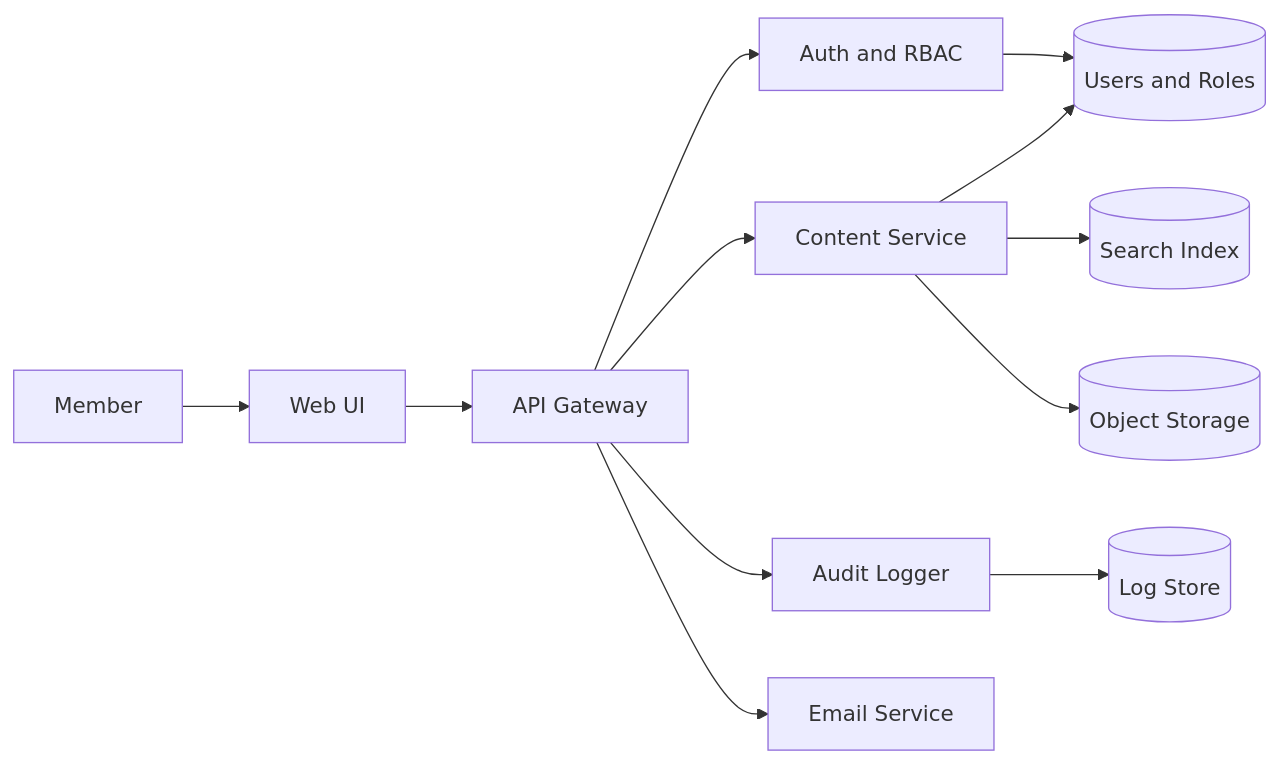
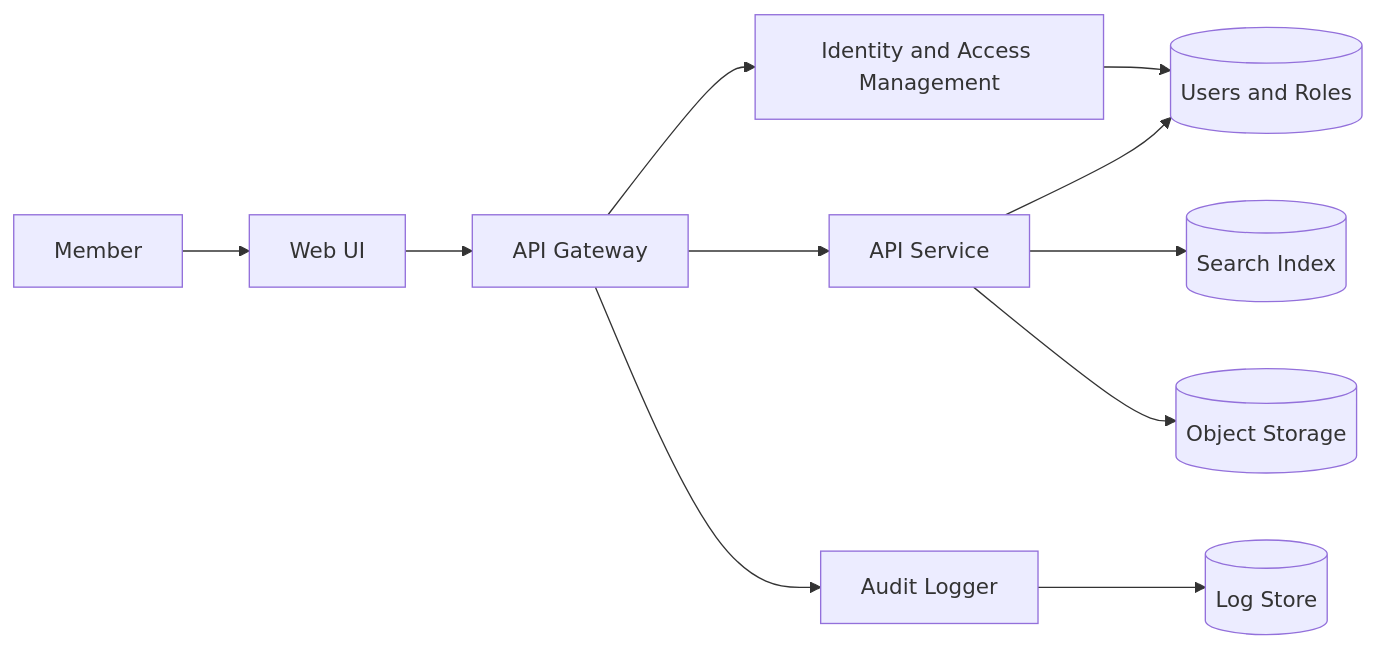
Before and after one commit to TuralHasanov11/Baytic: the third of 6 diagrams in docs/baytic-architecture-plan.md, drawn with Mermaid. The commit also changed other lines of this file and 49 other files, not shown here.

````diff
--- a/docs/baytic-architecture-plan.md
+++ b/docs/baytic-architecture-plan.md
@@ -105,16 +129,15 @@
 ```mermaid
 flowchart LR
   User[Member] --> Web[Web UI]
   Web --> API[API Gateway]
-  API --> Auth[Auth and RBAC]
-  Auth --> DB[(Users and Roles)]
+  API --> Identity[Identity and Access Management]
+  Identity --> DB[(Users and Roles)]
 
-  API --> Content[Content Service]
-  Content --> DB
-  Content --> Search[(Search Index)]
-  Content --> Storage[(Object Storage)]
+  API --> Backend[API Service]
+  Backend --> DB
+  Backend --> Search[(Search Index)]
+  Backend --> Storage[(Object Storage)]
 
   API --> Audit[Audit Logger]
   Audit --> LogStore[(Log Store)]
-  API --> Email[Email Service]
 ```
````
